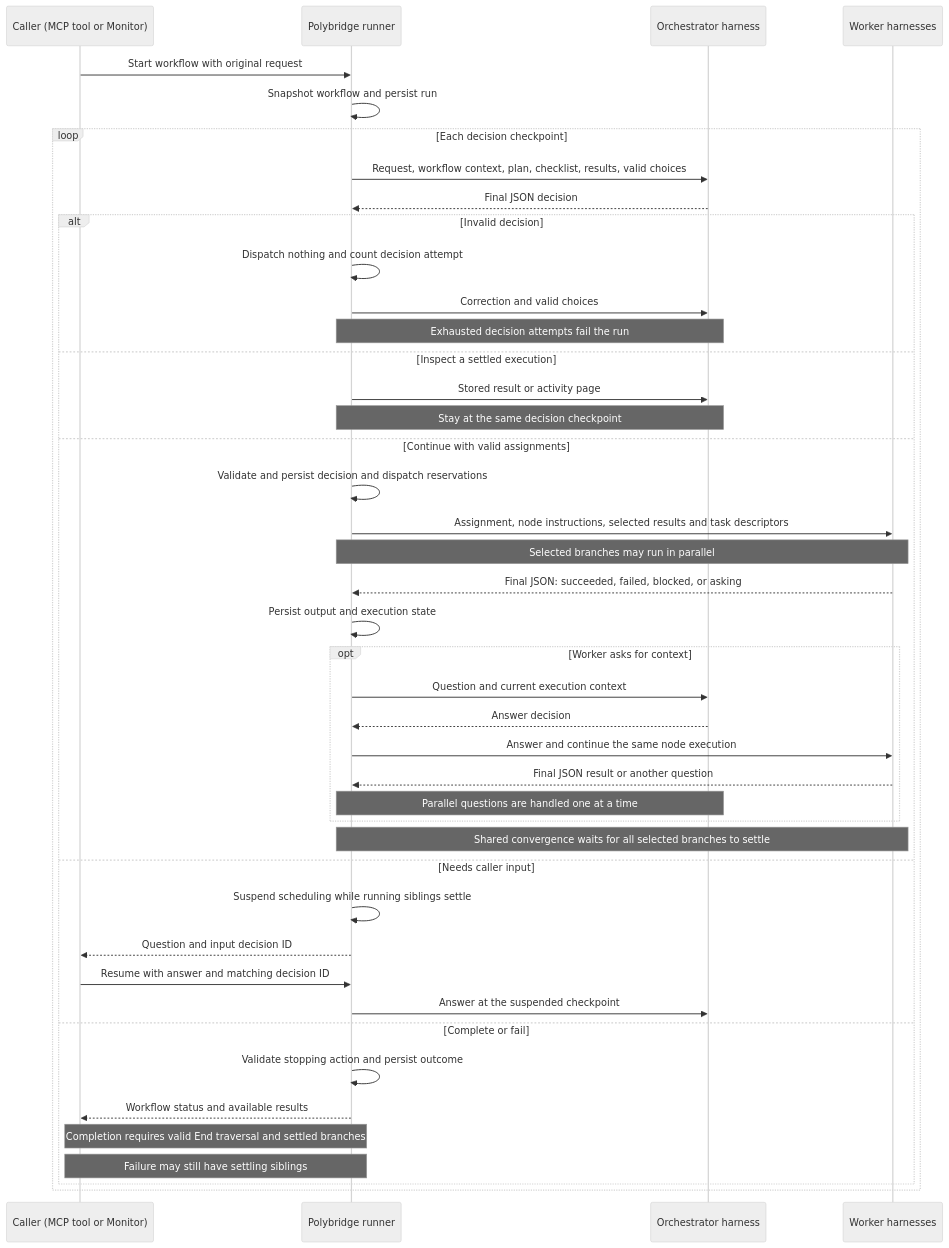
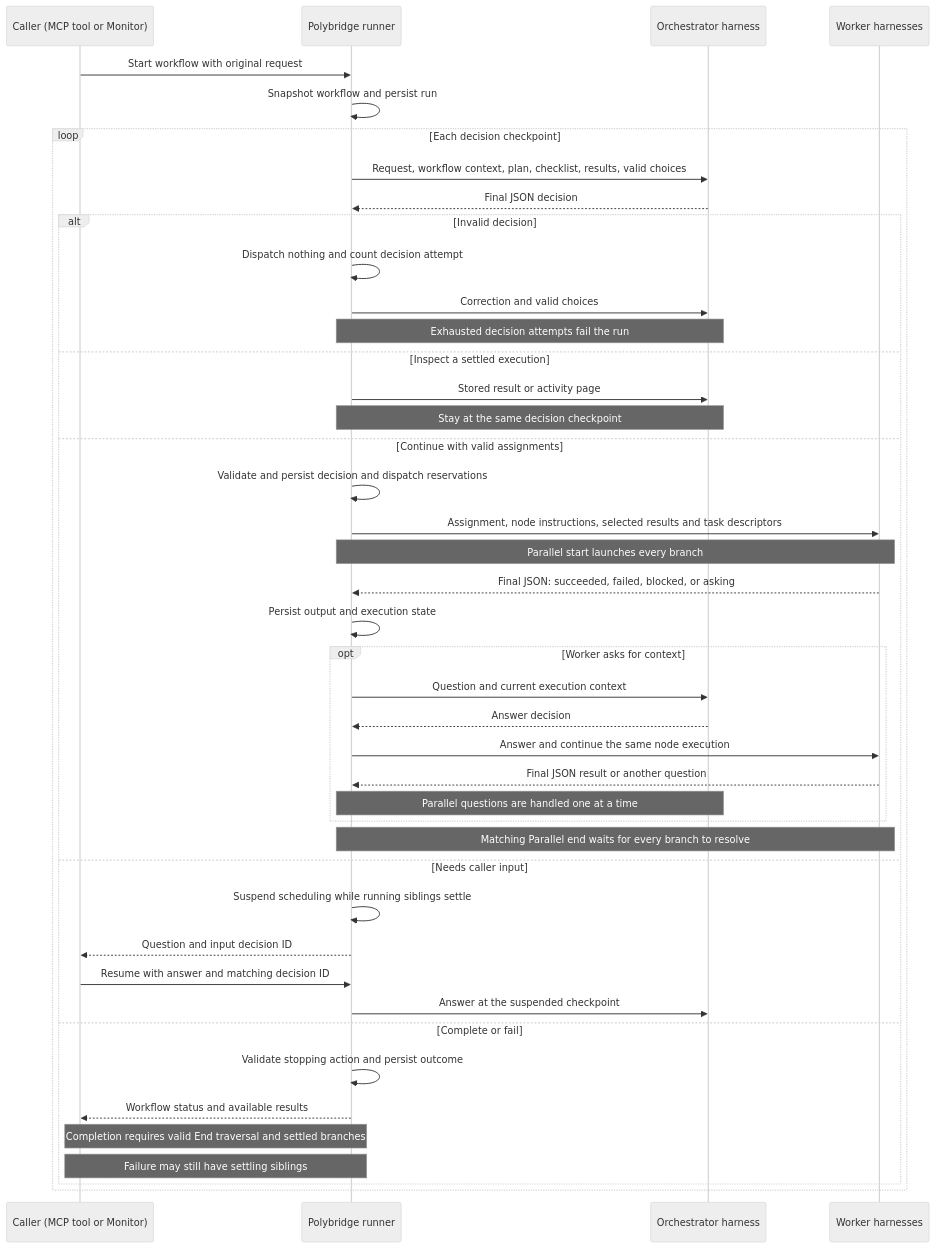
The first of 3 diagrams in docs/workflows.md (Harflow-Dev/HarflowMCP), drawn with Mermaid (neutral theme) before and after one commit. The commit also changed other lines of this file and 7 other files, not shown here.

````diff
--- a/docs/workflows.md
+++ b/docs/workflows.md
@@ -14,46 +14,46 @@
 ```mermaid
 sequenceDiagram
     participant Caller as Caller (MCP tool or Monitor)
     participant Runner as Polybridge runner
     participant Orchestrator as Orchestrator harness
     participant Worker as Worker harnesses
 
     Caller->>Runner: Start workflow with original request
     Runner->>Runner: Snapshot workflow and persist run
     loop Each decision checkpoint
         Runner->>Orchestrator: Request, workflow context, plan, checklist, results, valid choices
         Orchestrator-->>Runner: Final JSON decision
         alt Invalid decision
             Runner->>Runner: Dispatch nothing and count decision attempt
             Runner->>Orchestrator: Correction and valid choices
             Note over Runner,Orchestrator: Exhausted decision attempts fail the run
         else Inspect a settled execution
             Runner->>Orchestrator: Stored result or activity page
             Note over Runner,Orchestrator: Stay at the same decision checkpoint
         else Continue with valid assignments
             Runner->>Runner: Validate and persist decision and dispatch reservations
             Runner->>Worker: Assignment, node instructions, selected results and task descriptors
-            Note over Runner,Worker: Selected branches may run in parallel
+            Note over Runner,Worker: Parallel start launches every branch
             Worker-->>Runner: Final JSON: succeeded, failed, blocked, or asking
             Runner->>Runner: Persist output and execution state
             opt Worker asks for context
                 Runner->>Orchestrator: Question and current execution context
                 Orchestrator-->>Runner: Answer decision
                 Runner->>Worker: Answer and continue the same node execution
                 Worker-->>Runner: Final JSON result or another question
                 Note over Runner,Orchestrator: Parallel questions are handled one at a time
             end
-            Note over Runner,Worker: Shared convergence waits for all selected branches to settle
+            Note over Runner,Worker: Matching Parallel end waits for every branch to resolve
         else Needs caller input
             Runner->>Runner: Suspend scheduling while running siblings settle
             Runner-->>Caller: Question and input decision ID
             Caller->>Runner: Resume with answer and matching decision ID
             Runner->>Orchestrator: Answer at the suspended checkpoint
         else Complete or fail
             Runner->>Runner: Validate stopping action and persist outcome
             Runner-->>Caller: Workflow status and available results
             Note over Caller,Runner: Completion requires valid End traversal and settled branches
             Note over Caller,Runner: Failure may still have settling siblings
         end
     end
 ```
````
